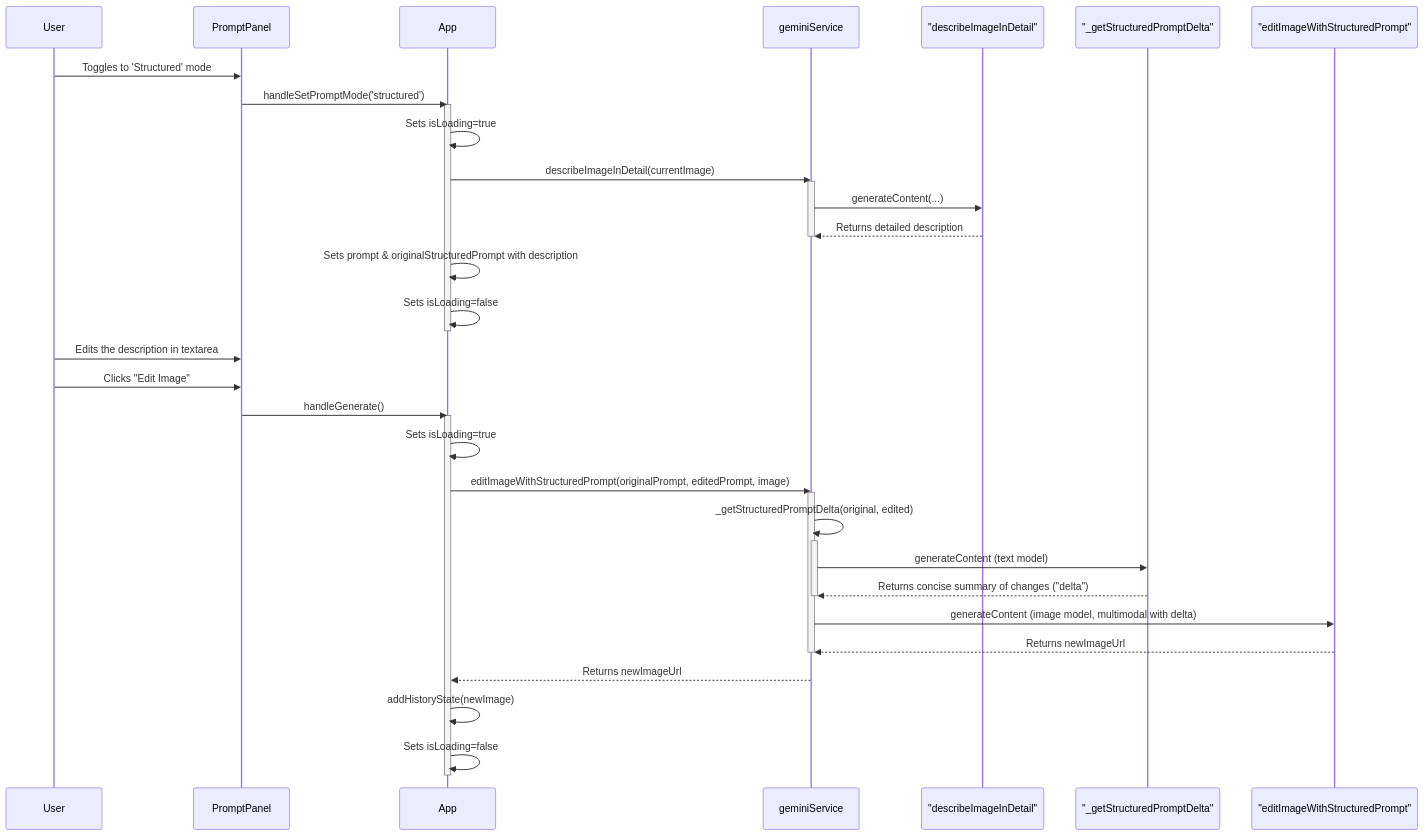
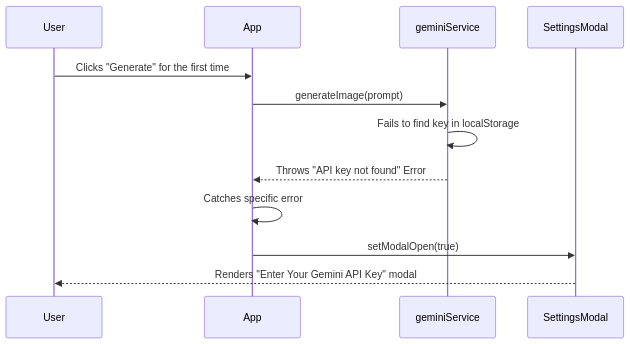
Before and after one commit to tydev-new/BananaPeel: the fifth of 5 diagrams in DESIGN.md, drawn with Mermaid. The commit also changed other lines of this file and 6 other files, not shown here.

````diff
--- a/DESIGN.md
+++ b/DESIGN.md
@@ -289,43 +194,16 @@
 ```mermaid
 sequenceDiagram
     participant User
-    participant PromptPanel
     participant App
     participant geminiService
-    participant GeminiAPI_Text1 as "describeImageInDetail"
-    participant GeminiAPI_Text2 as "_getStructuredPromptDelta"
-    participant GeminiAPI_Image as "editImageWithStructuredPrompt"
+    participant SettingsModal
 
-    User->>PromptPanel: Toggles to 'Structured' mode
-    PromptPanel->>App: handleSetPromptMode('structured')
-    activate App
-    App->>App: Sets isLoading=true
-    App->>geminiService: describeImageInDetail(currentImage)
-    activate geminiService
-    geminiService->>GeminiAPI_Text1: generateContent(...)
-    GeminiAPI_Text1-->>geminiService: Returns detailed description
-    deactivate geminiService
-    App->>App: Sets prompt & originalStructuredPrompt with description
-    App->>App: Sets isLoading=false
-    deactivate App
-
-    User->>PromptPanel: Edits the description in textarea
-    User->>PromptPanel: Clicks "Edit Image"
-    PromptPanel->>App: handleGenerate()
-    activate App
-    App->>App: Sets isLoading=true
-    App->>geminiService: editImageWithStructuredPrompt(originalPrompt, editedPrompt, image)
-    activate geminiService
-    geminiService->>geminiService: _getStructuredPromptDelta(original, edited)
-    activate geminiService
-    geminiService->>GeminiAPI_Text2: generateContent (text model)
-    GeminiAPI_Text2-->>geminiService: Returns concise summary of changes ("delta")
-    deactivate geminiService
-    geminiService->>GeminiAPI_Image: generateContent (image model, multimodal with delta)
-    GeminiAPI_Image-->>geminiService: Returns newImageUrl
-    deactivate geminiService
-    geminiService-->>App: Returns newImageUrl
-    App->>App: addHistoryState(newImage)
-    App->>App: Sets isLoading=false
-    deactivate App
+    User->>App: Clicks "Generate" for the first time
+    App->>geminiService: generateImage(prompt)
+    geminiService->>geminiService: Fails to find key in localStorage
+    geminiService-->>App: Throws "API key not found" Error
+    
+    App->>App: Catches specific error
+    App->>SettingsModal: setModalOpen(true)
+    SettingsModal-->>User: Renders "Enter Your Gemini API Key" modal
 ```
````
